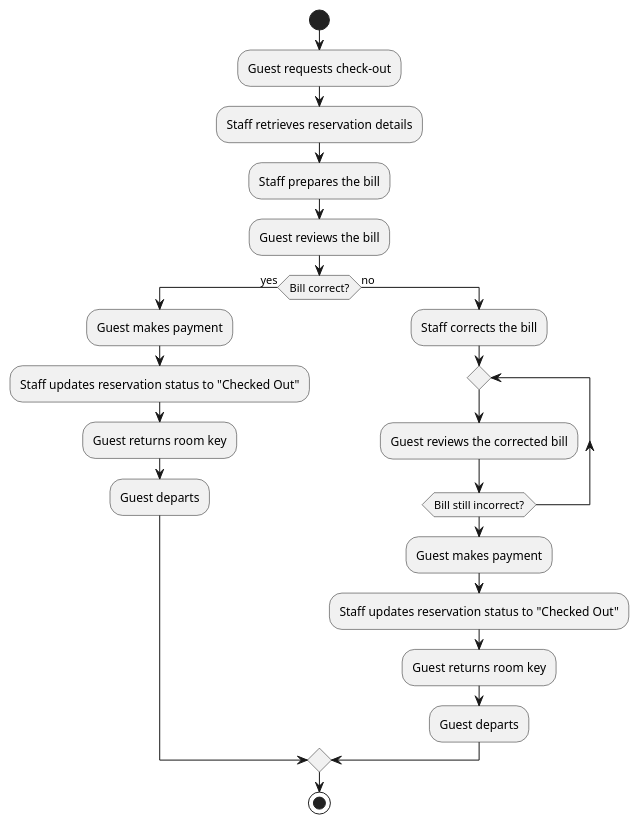
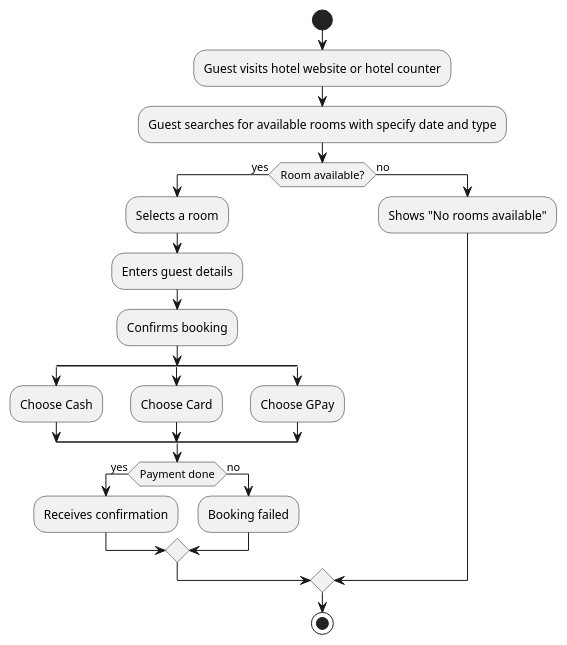
The third of 3 diagrams in Hotel.Activity.Puml (N-das/Hotel-UML-diagram), drawn with PlantUML before and after one commit. The commit also changed other lines of this file, not shown here.

```diff
--- a/Hotel.Activity.Puml
+++ b/Hotel.Activity.Puml
@@ -39,23 +39,26 @@
 @startuml
 start
-:Guest requests check-out;
-:Staff retrieves reservation details;
-:Staff prepares the bill;
-:Guest reviews the bill;
-if (Bill correct?) then (yes)
-  :Guest makes payment;
-  :Staff updates reservation status to "Checked Out";
-  :Guest returns room key;
-  :Guest departs;
+:Guest visits hotel website or hotel counter;
+:Guest searches for available rooms with specify date and type;
+if (Room available?) then (yes)
+  :Selects a room;
+  :Enters guest details;
+  :Confirms booking;
+  ' :Ask how guest would like to pay cash, cheque or card;
+  split
+    :Choose Cash;
+  split again
+    :Choose Card;
+  split again
+    :Choose GPay;
+  end split
+    if (Payment done) then (yes)
+    :Receives confirmation; 
+    else (no)
+    :Booking failed;
+    endif
 else (no)
-  :Staff corrects the bill;
-  repeat
-    :Guest reviews the corrected bill;
-  repeat while (Bill still incorrect?)
-  :Guest makes payment;
-  :Staff updates reservation status to "Checked Out";
-  :Guest returns room key;
-  :Guest departs;
+  :Shows "No rooms available";
 endif
 stop
 @enduml
```
